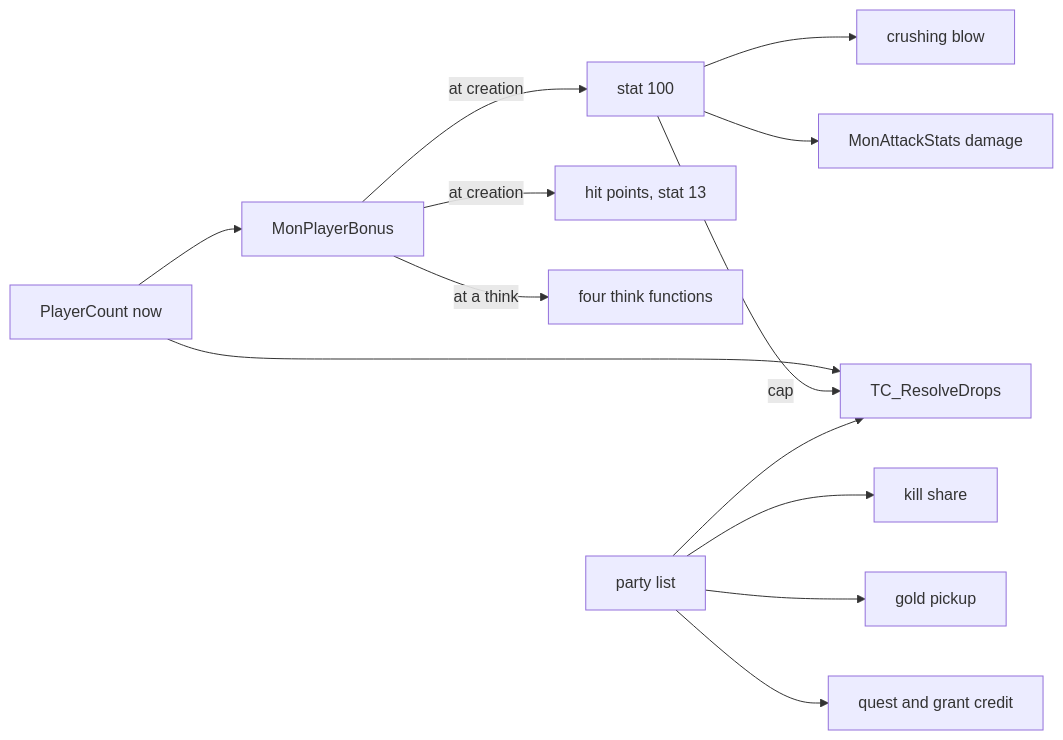
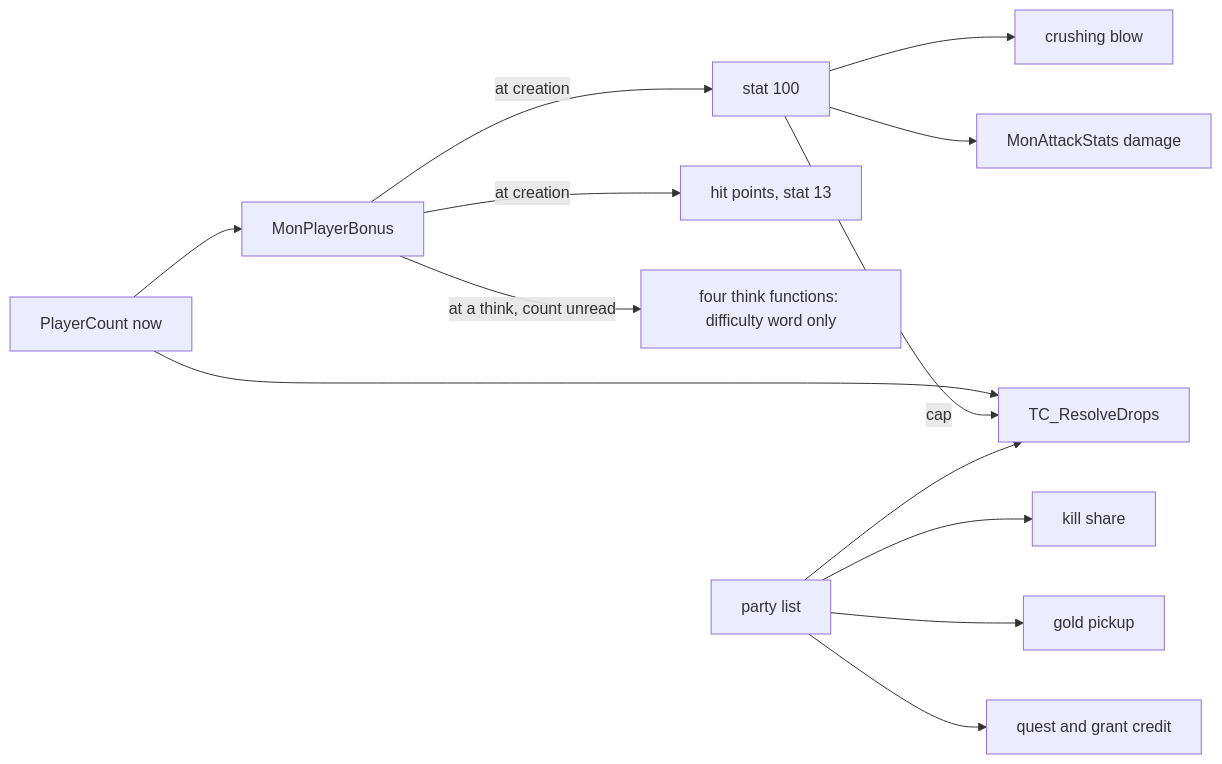
The fourth of 4 diagrams in docs/specs/player/party.md (IgorKonovalov/diablo-2-recompilation), drawn with Mermaid before and after one commit. The commit also changed other lines of this file and 18 other files, not shown here.

````diff
--- a/docs/specs/player/party.md
+++ b/docs/specs/player/party.md
@@ -156,15 +159,15 @@
 ```mermaid
 flowchart LR
   PC["PlayerCount now"] --> B["MonPlayerBonus"]
   PC --> TC["TC_ResolveDrops"]
   B -->|"at creation"| S100["stat 100"]
   B -->|"at creation"| HP["hit points, stat 13"]
-  B -->|"at a think"| AI["four think functions"]
+  B -->|"at a think, count unread"| AI["four think functions: difficulty word only"]
   S100 --> CB["crushing blow"]
   S100 --> DM["MonAttackStats damage"]
   S100 -->|"cap"| TC
   PL["party list"] --> SH["kill share"]
   PL --> TC
   PL --> GO["gold pickup"]
   PL --> QU["quest and grant credit"]
 ```
````
